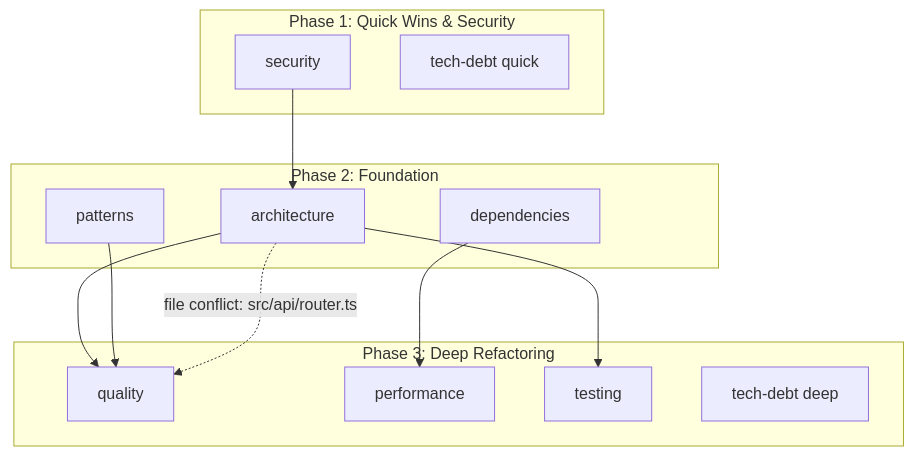
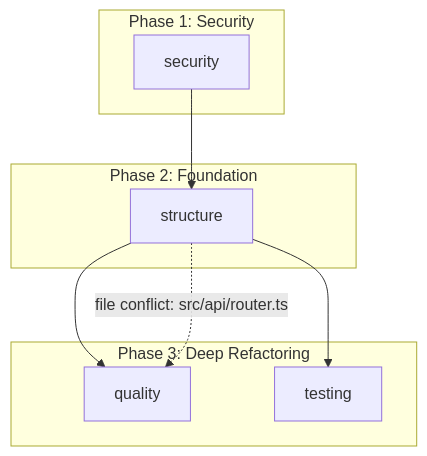
The diagram in code-analysis/skills/generate-orchestrator-plan/SKILL.md (fosketer/fosketer-claude-marketplace), drawn with Mermaid before and after one commit. The commit also changed other lines of this file and 21 other files, not shown here.

````diff
--- a/code-analysis/skills/generate-orchestrator-plan/SKILL.md
+++ b/code-analysis/skills/generate-orchestrator-plan/SKILL.md
@@ -109,24 +102,17 @@
 ```mermaid
 graph TD
-    subgraph "Phase 1: Quick Wins & Security"
+    subgraph "Phase 1: Security"
         SEC[security]
-        DEBT1[tech-debt quick]
     end
     subgraph "Phase 2: Foundation"
-        ARCH[architecture]
-        DEPS[dependencies]
-        PAT[patterns]
+        STRC[structure]
     end
     subgraph "Phase 3: Deep Refactoring"
         QUAL[quality]
-        PERF[performance]
         TEST[testing]
-        DEBT2[tech-debt deep]
     end
-    SEC --> ARCH
-    ARCH --> QUAL
-    ARCH --> TEST
-    DEPS --> PERF
-    PAT --> QUAL
-    ARCH -.->|"file conflict: src/api/router.ts"| QUAL
+    SEC --> STRC
+    STRC --> QUAL
+    STRC --> TEST
+    STRC -.->|"file conflict: src/api/router.ts"| QUAL
 ```
````
